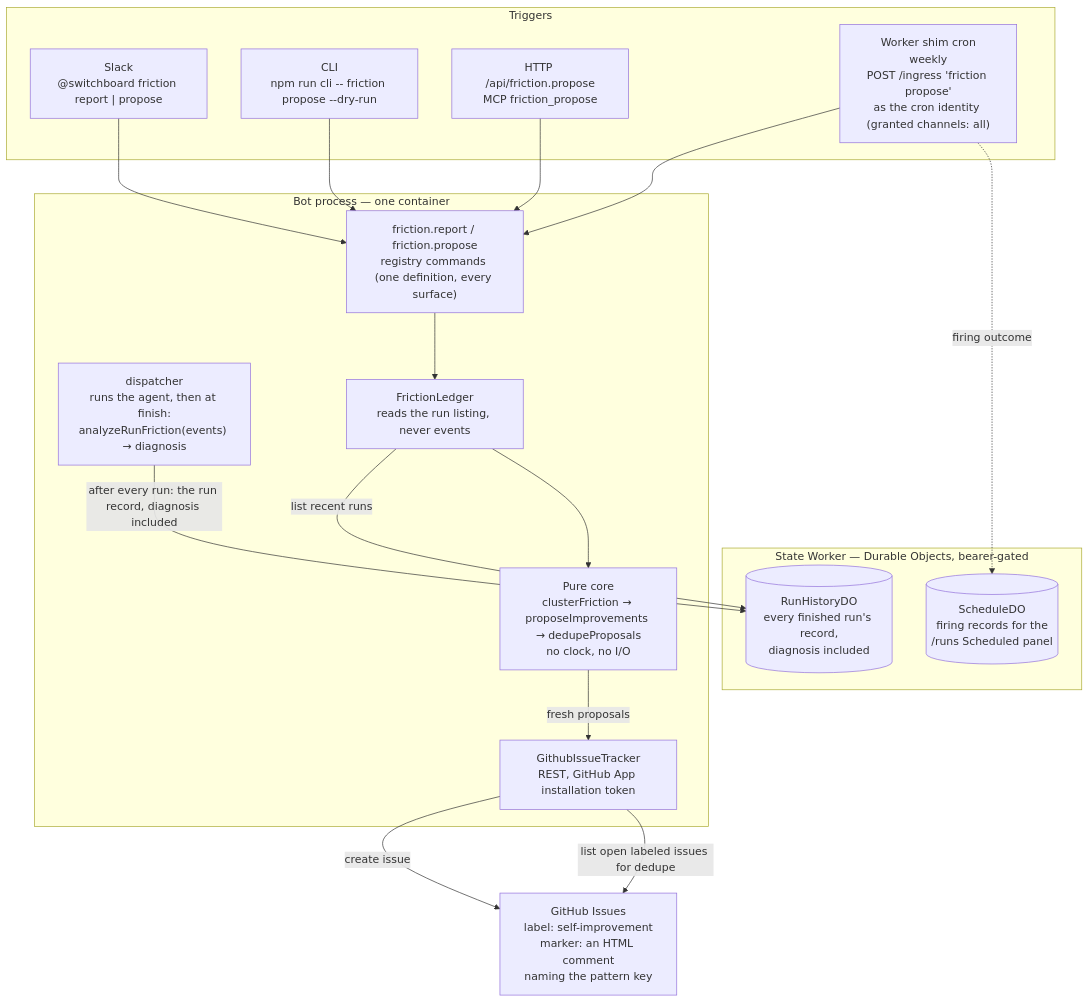
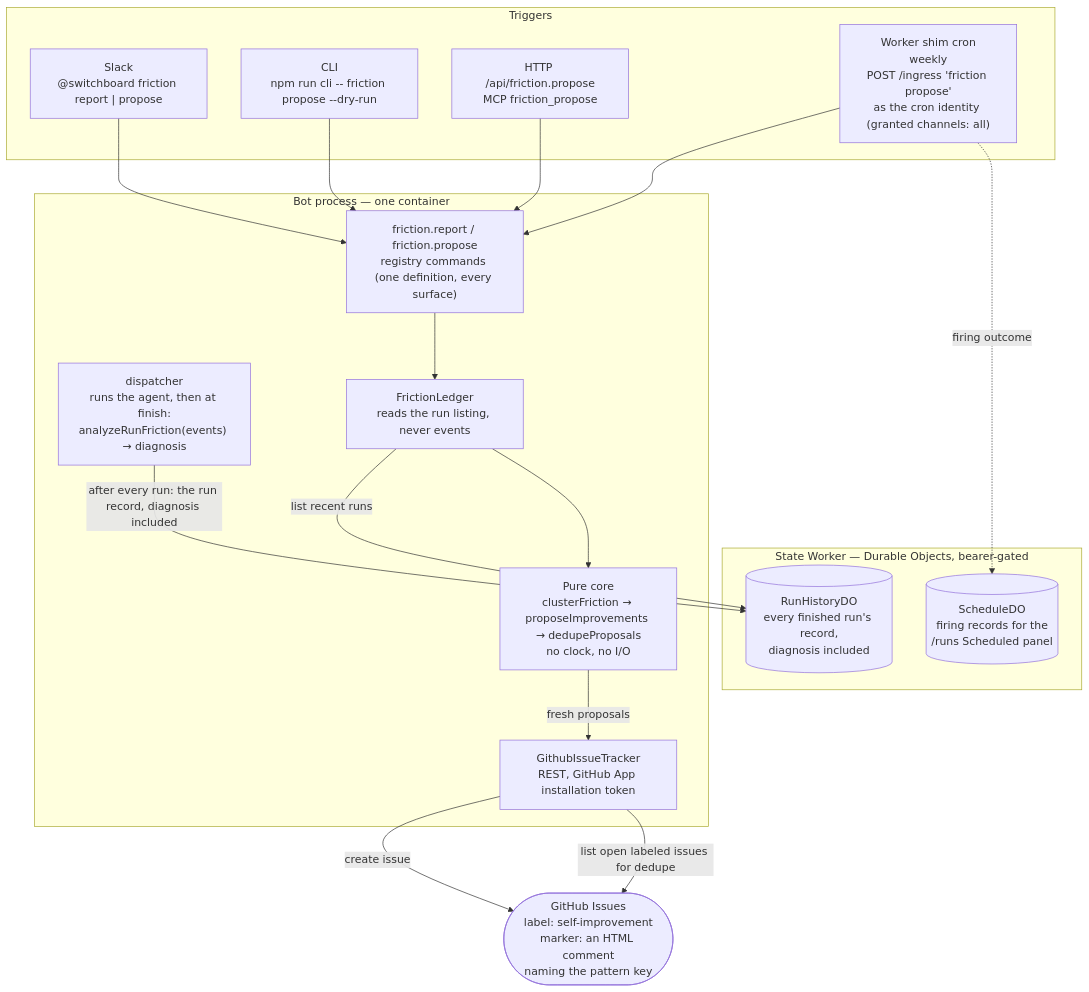
One commit to coreplanelabs/switchboard changed the second of 4 diagrams in docs/explanation/how-switchboard-improves-itself.md. Above: the diagram before and after it, drawn with Mermaid. The commit also changed other lines of this file and 22 other files, not shown here.

First line of the commit message:
docs(docs): every diagram shares one visual system, and the four seams and the deploy order are drawn from one source each

````diff
--- a/docs/explanation/how-switchboard-improves-itself.md
+++ b/docs/explanation/how-switchboard-improves-itself.md
@@ -34,33 +31,33 @@
 ```mermaid
 flowchart TB
     subgraph triggers ["Triggers"]
         SLACK["Slack<br/>@switchboard friction report | propose"]
         CLI["CLI<br/>npm run cli -- friction propose --dry-run"]
         API["HTTP /api/friction.propose<br/>MCP friction_propose"]
         CRON["Worker shim cron<br/>weekly<br/>POST /ingress 'friction propose'<br/>as the cron identity (granted channels: all)"]
     end
 
     subgraph bot ["Bot process — one container"]
         DISP["dispatcher<br/>runs the agent, then at finish:<br/>analyzeRunFriction(events) → diagnosis"]
         LEDGER["FrictionLedger<br/>reads the run listing, never events"]
         CMD["friction.report / friction.propose<br/>registry commands (one definition, every surface)"]
         PURE["Pure core<br/>clusterFriction → proposeImprovements → dedupeProposals<br/>no clock, no I/O"]
         TRACKER["GithubIssueTracker<br/>REST, GitHub App installation token"]
     end
 
     subgraph state ["State Worker — Durable Objects, bearer-gated"]
         HDO[("RunHistoryDO<br/>every finished run's record,<br/>diagnosis included")]
         SDO[("ScheduleDO<br/>firing records for the<br/>/runs Scheduled panel")]
     end
 
-    GH["GitHub Issues<br/>label: self-improvement<br/>marker: an HTML comment<br/>naming the pattern key"]
+    GH(["GitHub Issues<br/>label: self-improvement<br/>marker: an HTML comment<br/>naming the pattern key"])
 
     SLACK & CLI & API & CRON --> CMD
-    DISP -->|after every run: the run record, diagnosis included| HDO
+    DISP -->|"after every run: the run record, diagnosis included"| HDO
     CMD --> LEDGER
-    LEDGER -->|list recent runs| HDO
+    LEDGER -->|"list recent runs"| HDO
     LEDGER --> PURE
-    PURE -->|fresh proposals| TRACKER -->|create issue| GH
-    TRACKER -->|list open labeled issues for dedupe| GH
-    CRON -.->|firing outcome| SDO
+    PURE -->|"fresh proposals"| TRACKER -->|"create issue"| GH
+    TRACKER -->|"list open labeled issues for dedupe"| GH
+    CRON -.->|"firing outcome"| SDO
 ```
````
